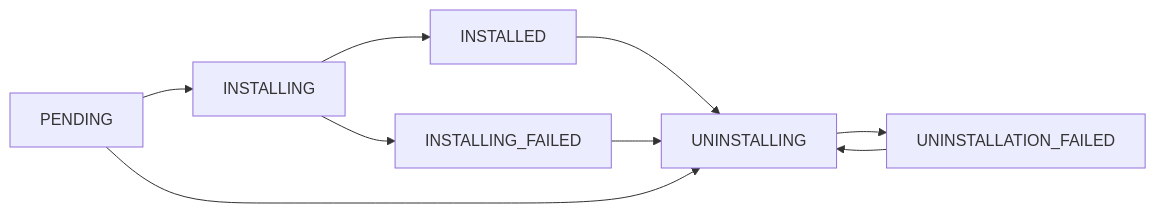
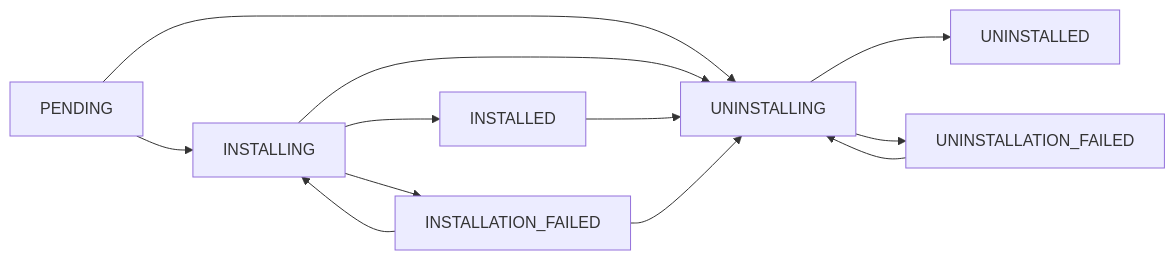
Before and after one commit to kaapana/kaapana: the third of 4 diagrams in services/base/extension-manager-service/docker/files/app/README.md, drawn with Mermaid. The commit also changed other lines of this file, not shown here.

````diff
--- a/services/base/extension-manager-service/docker/files/app/README.md
+++ b/services/base/extension-manager-service/docker/files/app/README.md
@@ -129,17 +136,19 @@
 ```mermaid
 graph LR
-    
-    PENDING-->INSTALLING
+    PENDING --> INSTALLING
+    PENDING --> UNINSTALLING
 
+    INSTALLING --> INSTALLATION_FAILED
     INSTALLING --> INSTALLED
-    INSTALLING --> INSTALLING_FAILED
+    INSTALLING --> UNINSTALLING
 
     INSTALLED --> UNINSTALLING
-    INSTALLING_FAILED --> UNINSTALLING
 
+    INSTALLATION_FAILED --> INSTALLING
+    INSTALLATION_FAILED --> UNINSTALLING
 
-    PENDING --> UNINSTALLING
+    UNINSTALLING --> UNINSTALLED
     UNINSTALLING --> UNINSTALLATION_FAILED
+
     UNINSTALLATION_FAILED --> UNINSTALLING
-
 ```
````
